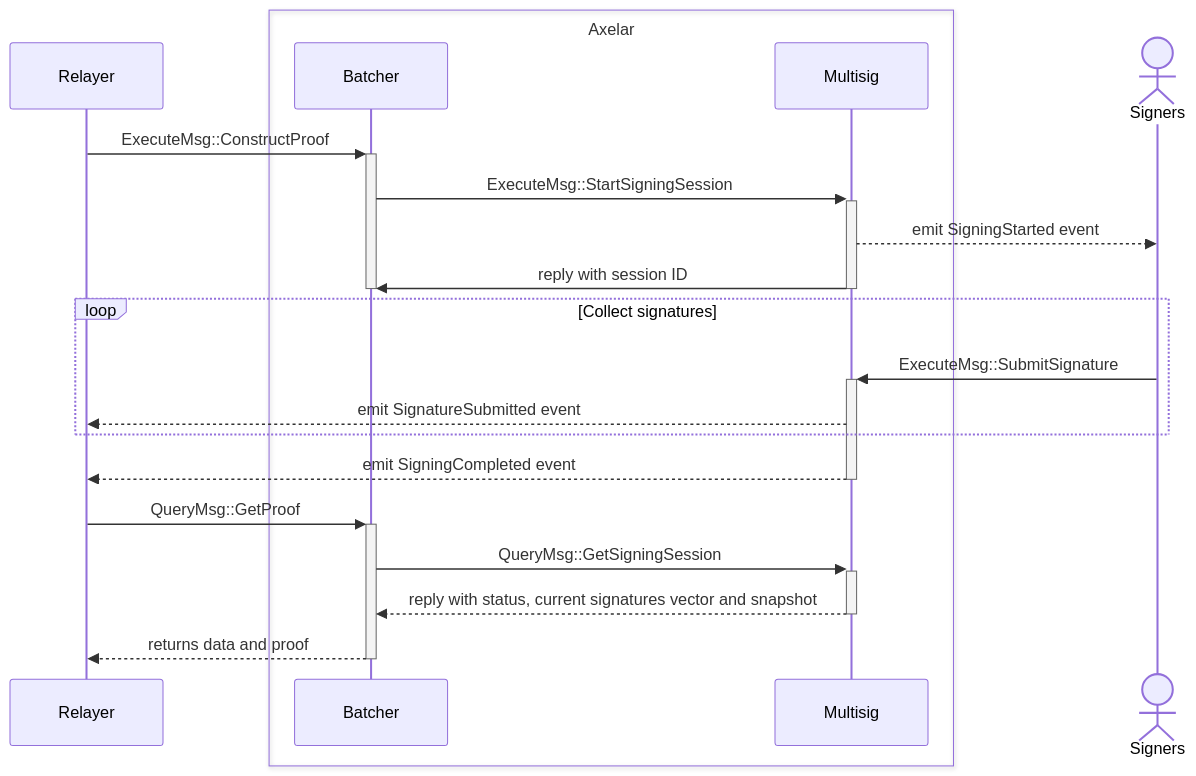
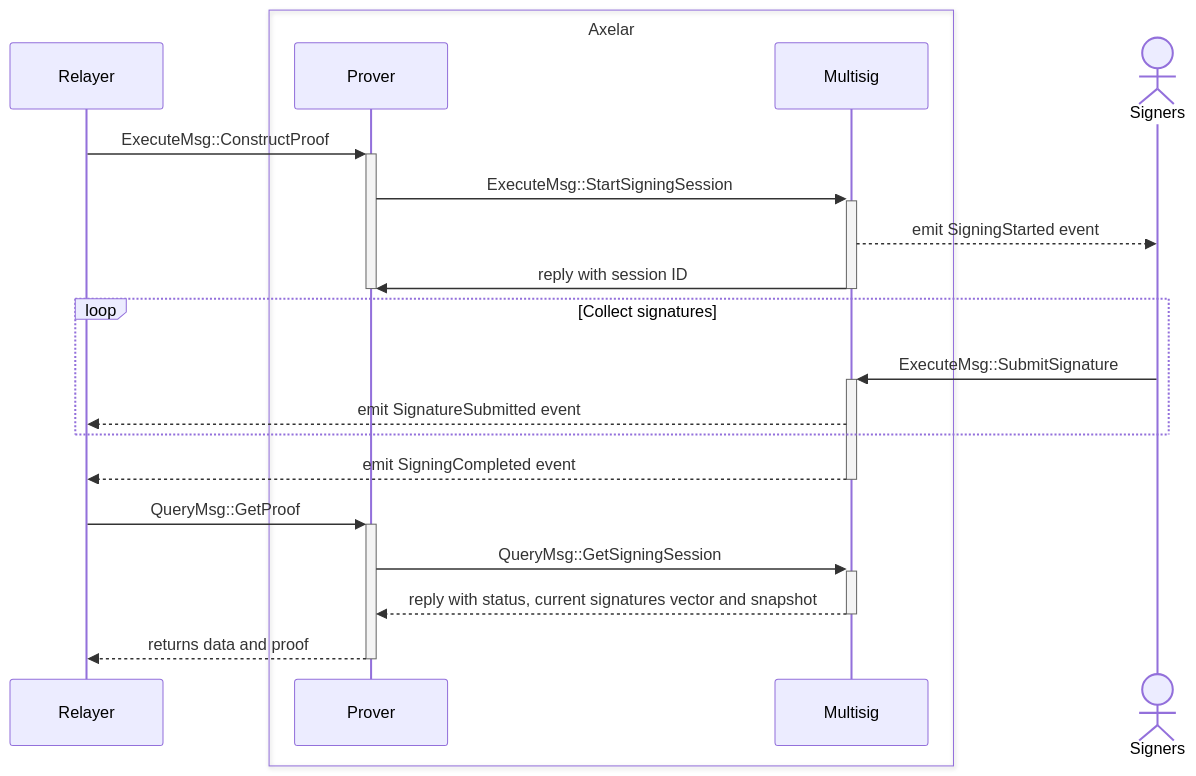
The second of 2 diagrams in contracts/multisig/README.md (kadev2176/axelar-amplifier), drawn with Mermaid before and after one commit. The commit also changed other lines of this file and 17 other files, not shown here.

Commit message:
chore: update command-batcher contract name to multisig-prover

````diff
--- a/contracts/multisig/README.md
+++ b/contracts/multisig/README.md
@@ -26,26 +26,26 @@
 ```mermaid
 sequenceDiagram
 participant Relayer
 box Axelar
-participant Batcher
+participant Prover
 participant Multisig
 end
 actor Signers
 
 
-Relayer->>+Batcher: ExecuteMsg::ConstructProof
-Batcher->>+Multisig: ExecuteMsg::StartSigningSession
+Relayer->>+Prover: ExecuteMsg::ConstructProof
+Prover->>+Multisig: ExecuteMsg::StartSigningSession
 Multisig-->>Signers: emit SigningStarted event
-Multisig->>-Batcher: reply with session ID
-deactivate Batcher
+Multisig->>-Prover: reply with session ID
+deactivate Prover
 loop Collect signatures
   Signers->>+Multisig: ExecuteMsg::SubmitSignature
   Multisig-->>Relayer: emit SignatureSubmitted event
 end
 Multisig-->>-Relayer: emit SigningCompleted event
-Relayer->>+Batcher: QueryMsg::GetProof
-Batcher->>+Multisig: QueryMsg::GetSigningSession
-Multisig-->>-Batcher: reply with status, current signatures vector and snapshot
-Batcher-->>-Relayer: returns data and proof
+Relayer->>+Prover: QueryMsg::GetProof
+Prover->>+Multisig: QueryMsg::GetSigningSession
+Multisig-->>-Prover: reply with status, current signatures vector and snapshot
+Prover-->>-Relayer: returns data and proof
 
 ```
````
